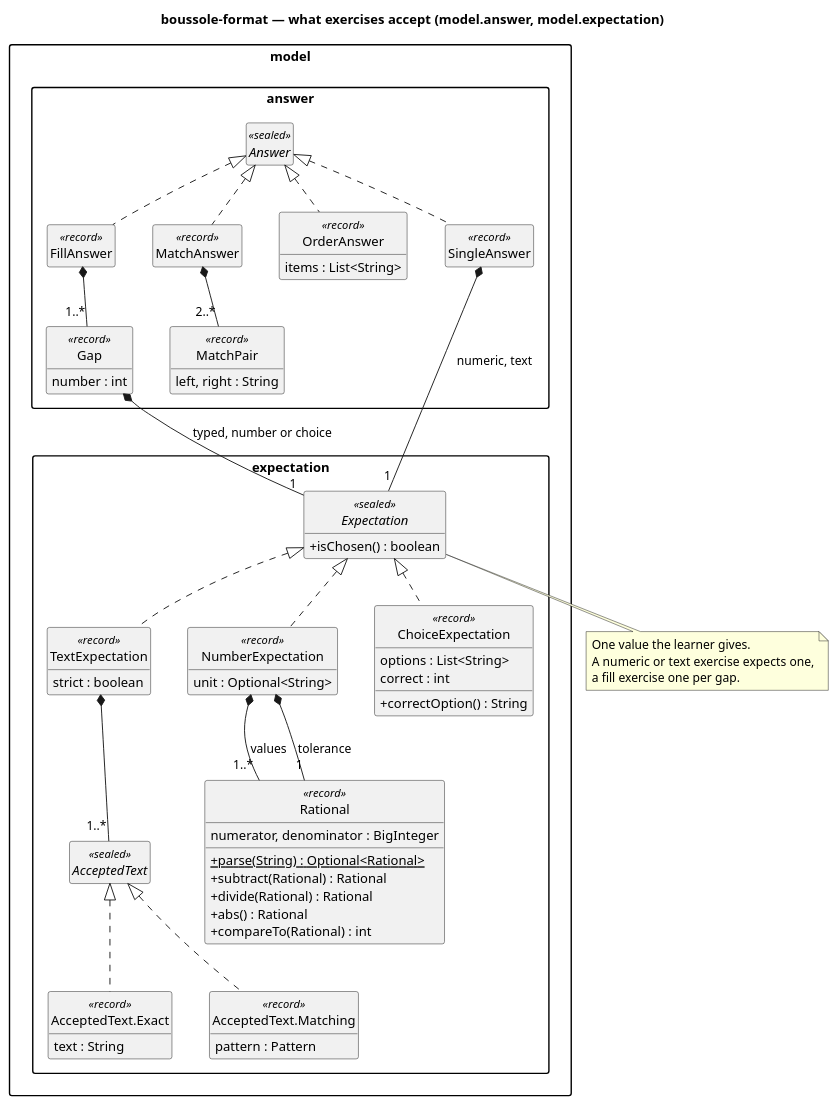
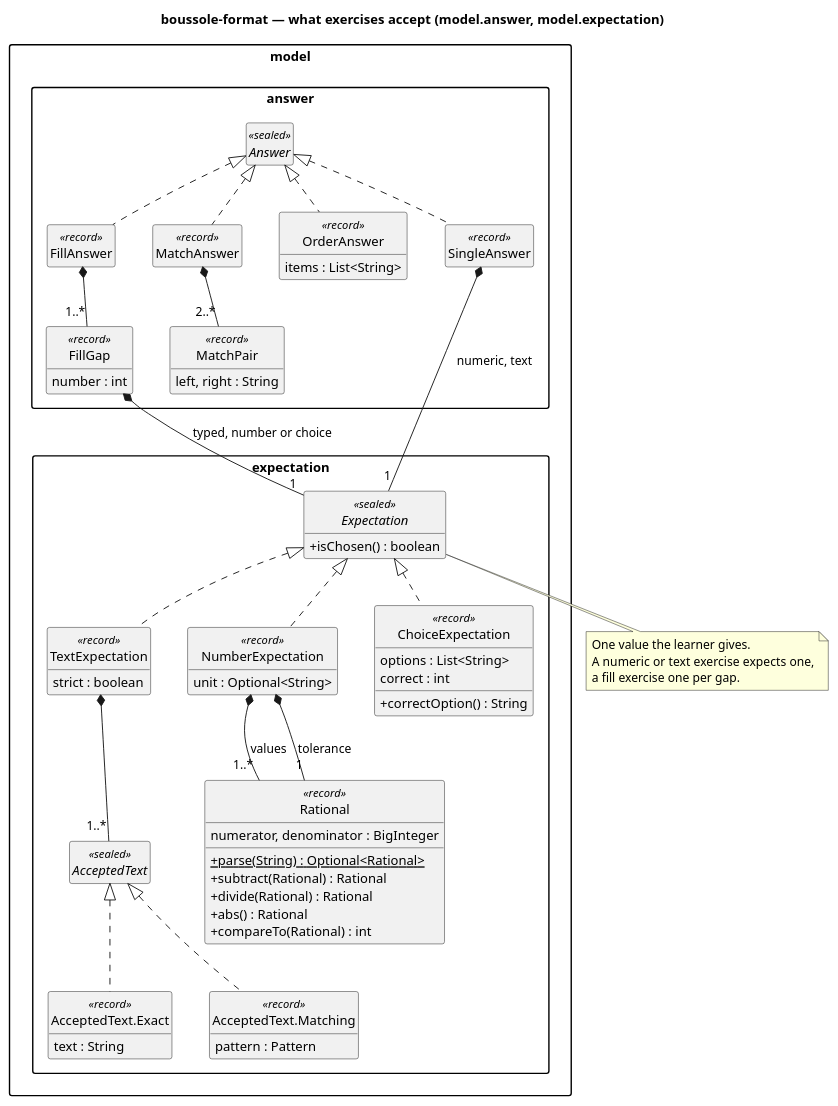
Before and after one commit to lucasssoh/Boussole: the diagram in docs/diagrams/12-model-answers.puml, drawn with PlantUML. The commit also changed 213 other files, not shown here.

```diff
--- a/docs/diagrams/12-model-answers.puml
+++ b/docs/diagrams/12-model-answers.puml
@@ -1,81 +1,81 @@
 @startuml 12-model-answers
 skinparam packageStyle rectangle
 skinparam classAttributeIconSize 0
 skinparam nodesep 40
 skinparam ranksep 50
 hide empty members
 hide circle
 title boussole-format — what exercises accept (model.answer, model.expectation)
 
 package "model.answer" {
   interface Answer <<sealed>>
   class SingleAnswer <<record>>
   class FillAnswer <<record>>
-  class Gap <<record>> {
+  class FillGap <<record>> {
     number : int
   }
   class OrderAnswer <<record>> {
     items : List<String>
   }
   class MatchAnswer <<record>>
   class MatchPair <<record>> {
     left, right : String
   }
 }
 
 package "model.expectation" {
   interface Expectation <<sealed>> {
     +isChosen() : boolean
   }
   class TextExpectation <<record>> {
     strict : boolean
   }
   class NumberExpectation <<record>> {
     unit : Optional<String>
   }
   class ChoiceExpectation <<record>> {
     options : List<String>
     correct : int
     +correctOption() : String
   }
   interface AcceptedText <<sealed>>
   class "AcceptedText.Exact" as Exact <<record>> {
     text : String
   }
   class "AcceptedText.Matching" as Matching <<record>> {
     pattern : Pattern
   }
   class Rational <<record>> {
     numerator, denominator : BigInteger
     +{static} parse(String) : Optional<Rational>
     +subtract(Rational) : Rational
     +divide(Rational) : Rational
     +abs() : Rational
     +compareTo(Rational) : int
   }
 }
 
 Answer <|.. SingleAnswer
 Answer <|.. FillAnswer
 Answer <|.. OrderAnswer
 Answer <|.. MatchAnswer
 SingleAnswer *-- "1" Expectation : numeric, text
-FillAnswer *-- "1..*" Gap
-Gap *-- "1" Expectation : typed, number or choice
+FillAnswer *-- "1..*" FillGap
+FillGap *-- "1" Expectation : typed, number or choice
 MatchAnswer *-- "2..*" MatchPair
 
 Expectation <|.. TextExpectation
 Expectation <|.. NumberExpectation
 Expectation <|.. ChoiceExpectation
 TextExpectation *-- "1..*" AcceptedText
 AcceptedText <|.. Exact
 AcceptedText <|.. Matching
 NumberExpectation *-- "1..*" Rational : values
 NumberExpectation *-- "1" Rational : tolerance
 
 note bottom of Expectation
   One value the learner gives.
   A numeric or text exercise expects one,
   a fill exercise one per gap.
 end note
 @enduml
```
